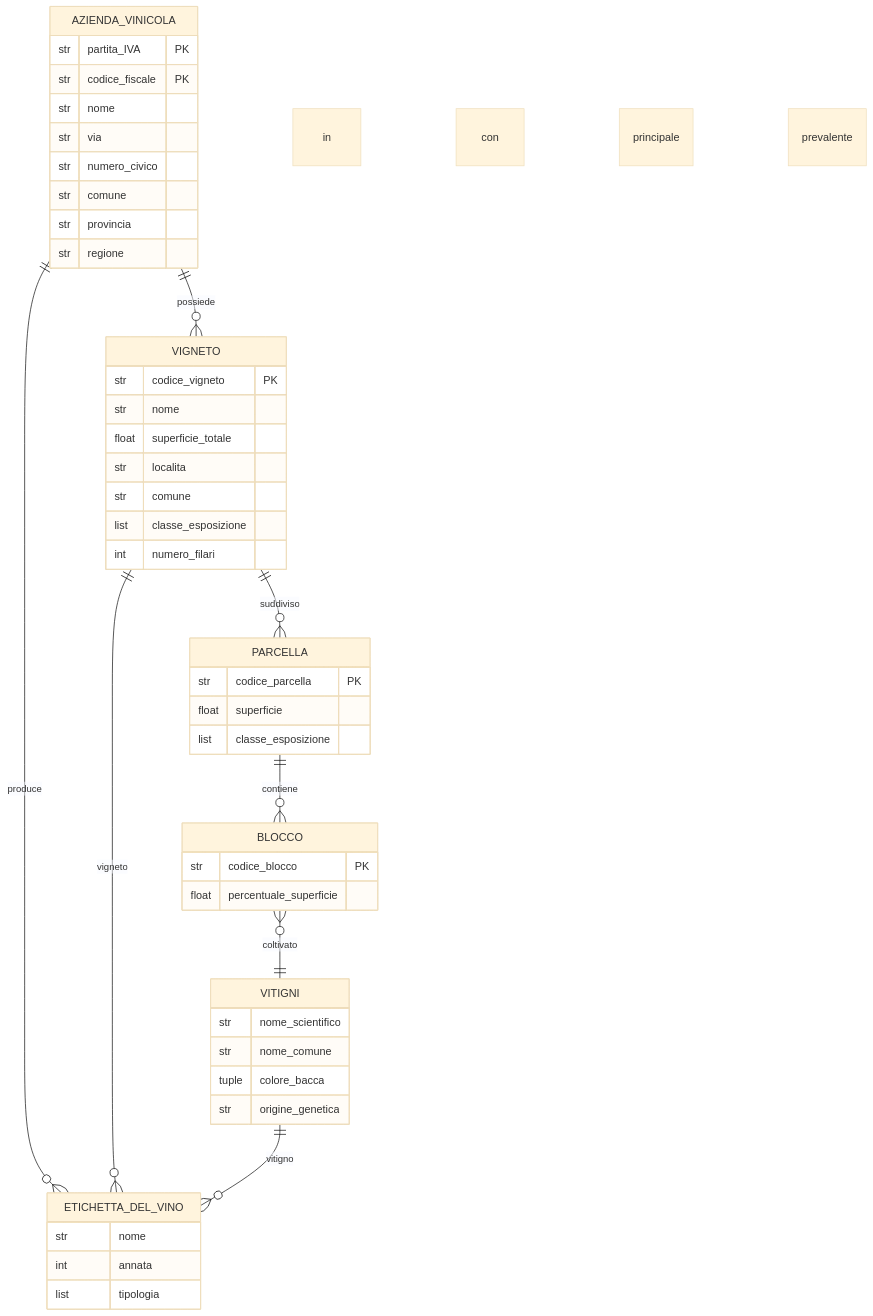
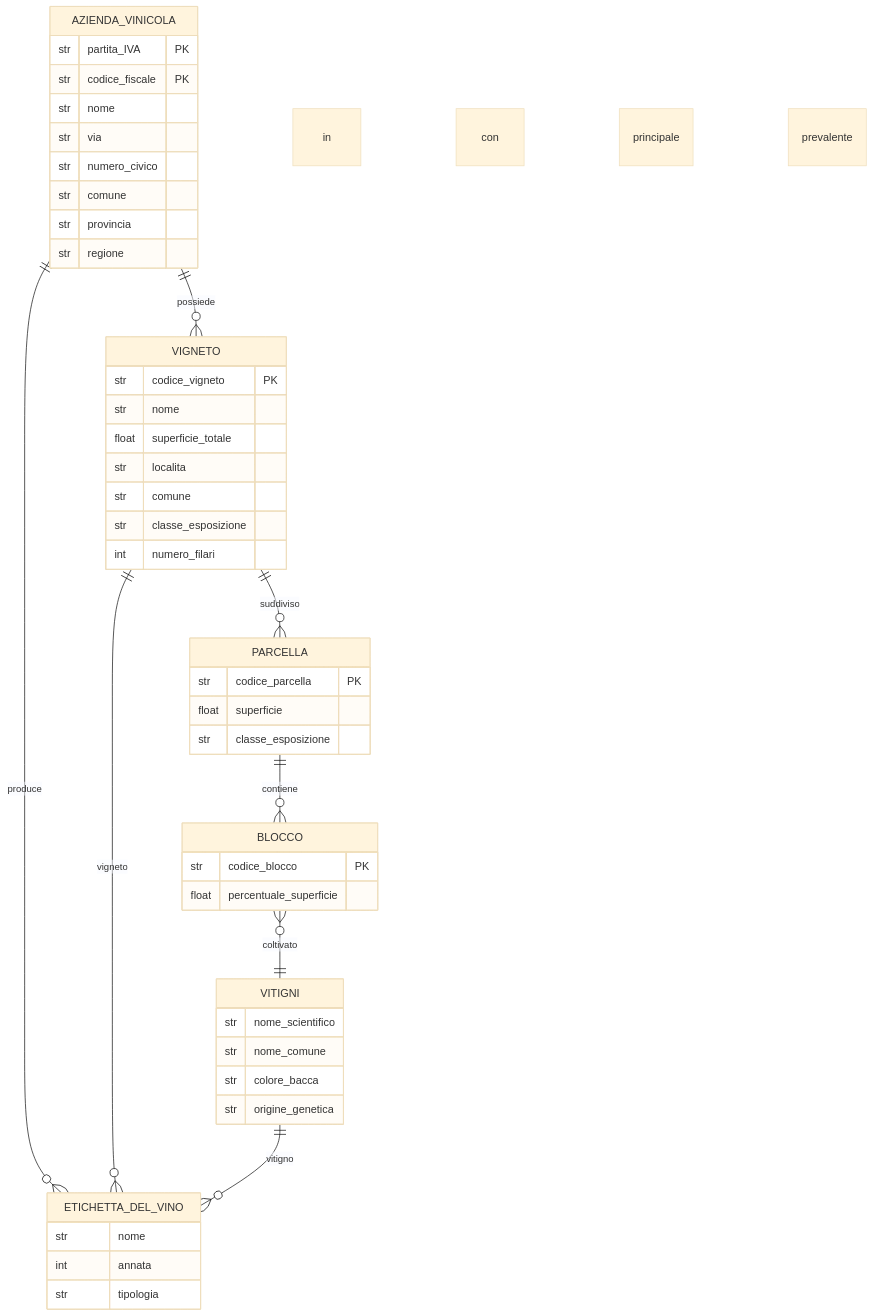
One commit to LucaPontellini/Homepage changed the diagram in Computer_science/New_exercises_with_database/Mermaid/Pontellini_007.md. Above: the diagram before and after it, drawn with Mermaid (base theme). The commit also changed 2 other files, not shown here.

````diff
--- a/Computer_science/New_exercises_with_database/Mermaid/Pontellini_007.md
+++ b/Computer_science/New_exercises_with_database/Mermaid/Pontellini_007.md
@@ -14,56 +14,56 @@
 ```mermaid
 
 erDiagram
     AZIENDA_VINICOLA {
       str partita_IVA PK
       str codice_fiscale PK
       str nome
       str via
       str numero_civico
       str comune
       str provincia
       str regione
     }
 
     VIGNETO {
       str codice_vigneto PK
       str nome
       float superficie_totale
       str localita
       str comune
-      list classe_esposizione
+      str classe_esposizione
       int numero_filari
     }
 
     PARCELLA {
       str codice_parcella PK
       float superficie
-      list classe_esposizione
+      str classe_esposizione
     }
 
     VITIGNI {
       str nome_scientifico
       str nome_comune
-      tuple colore_bacca
+      str colore_bacca
       str origine_genetica
     }
 
     BLOCCO {
       str codice_blocco PK
       float percentuale_superficie
     }
 
     ETICHETTA_DEL_VINO {
       str nome
       int annata
-      list tipologia
+      str tipologia
     }
 
     AZIENDA_VINICOLA ||--o{ VIGNETO : possiede
     VIGNETO ||--o{ PARCELLA : suddiviso in
     PARCELLA ||--o{ BLOCCO : contiene
     BLOCCO }o--|| VITIGNI : coltivato con
     AZIENDA_VINICOLA ||--o{ ETICHETTA_DEL_VINO : produce
     VIGNETO ||--o{ ETICHETTA_DEL_VINO : vigneto principale
     VITIGNI ||--o{ ETICHETTA_DEL_VINO : vitigno prevalente
 ```
````
